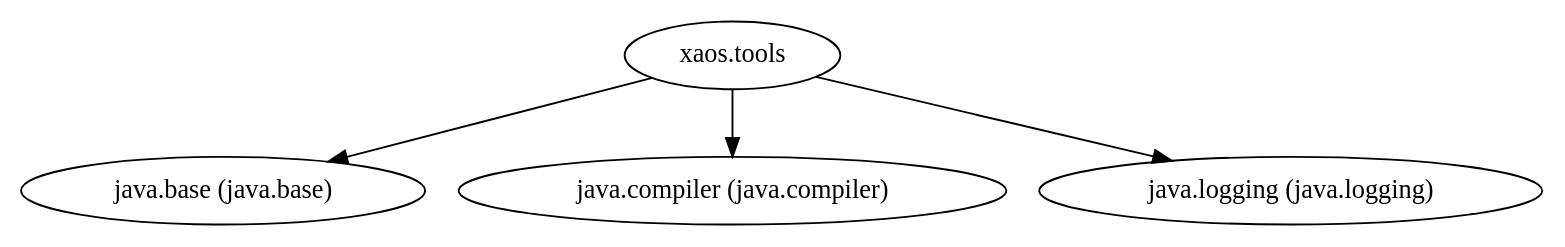
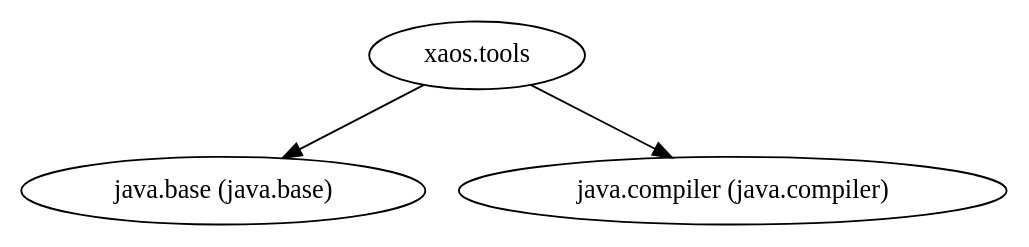
One commit to ESSICS/XAOS changed the diagram in xaos.tools.module/doc/module-dependencies.dot. Above: the diagram before and after it, drawn with Graphviz. The commit also changed 33 other files, not shown here.

```diff
--- a/xaos.tools.module/doc/module-dependencies.dot
+++ b/xaos.tools.module/doc/module-dependencies.dot
@@ -1,5 +1,4 @@
 digraph "summary" {
   "xaos.tools"                                       -> "java.base (java.base)";
   "xaos.tools"                                       -> "java.compiler (java.compiler)";
-  "xaos.tools"                                       -> "java.logging (java.logging)";
 }
```
